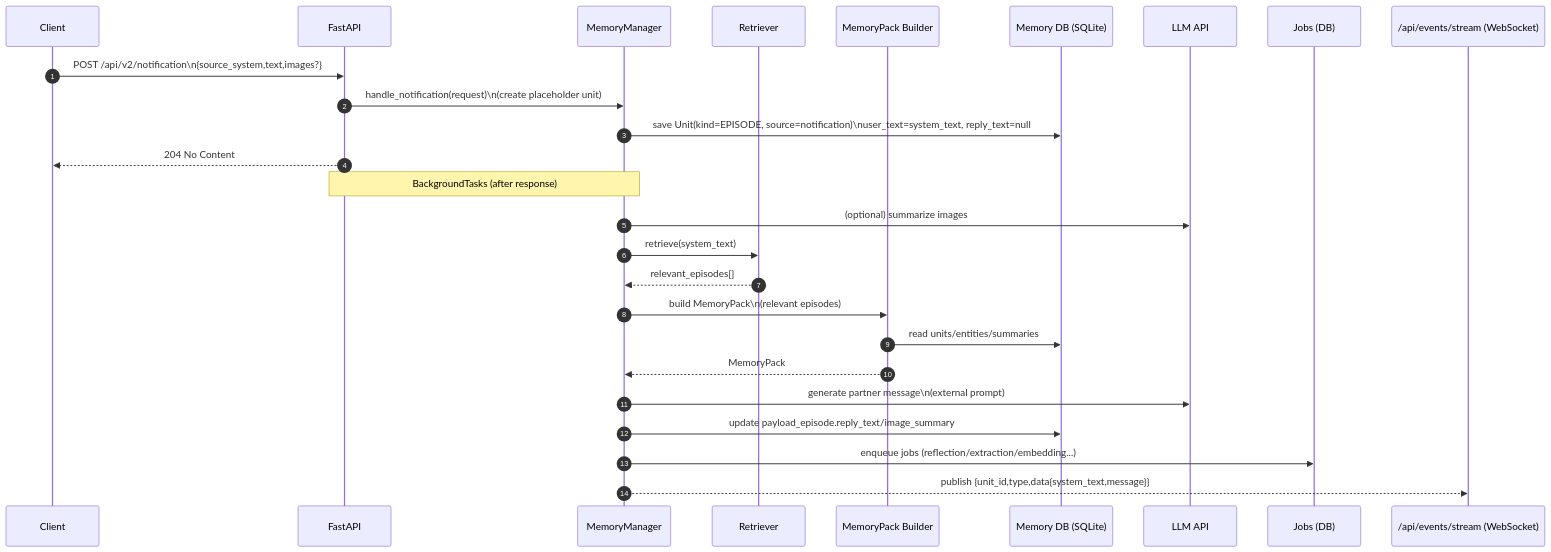
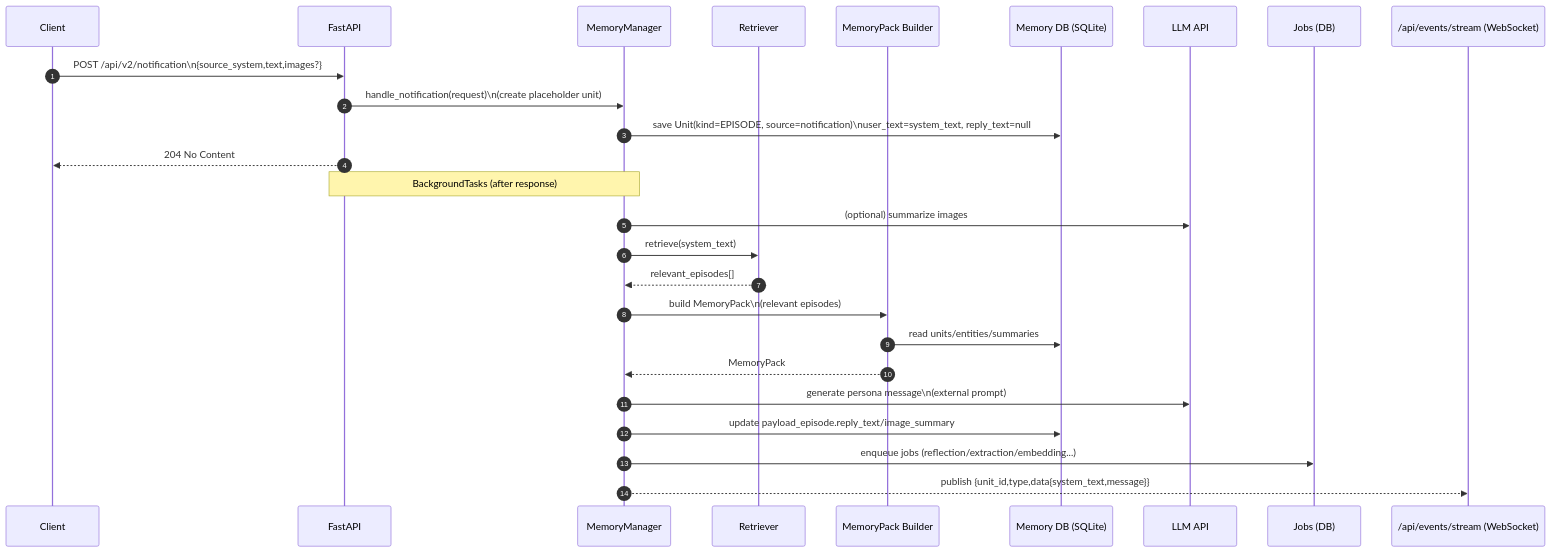
Before and after one commit to hirona98/cocoro_ghost: the fourth of 5 diagrams in docs/architecture.md, drawn with Mermaid. The commit also changed other lines of this file and 25 other files, not shown here.

````diff
--- a/docs/architecture.md
+++ b/docs/architecture.md
@@ -180,29 +180,29 @@
 ```mermaid
 sequenceDiagram
   autonumber
   participant UI as Client
   participant API as FastAPI
   participant MM as MemoryManager
   participant RET as Retriever
   participant SCH as MemoryPack Builder
   participant DB as Memory DB (SQLite)
   participant LLM as LLM API
   participant Q as Jobs (DB)
   participant WS as /api/events/stream (WebSocket)
 
   UI->>API: POST /api/v2/notification\n{source_system,text,images?}
   API->>MM: handle_notification(request)\n(create placeholder unit)
   MM->>DB: save Unit(kind=EPISODE, source=notification)\nuser_text=system_text, reply_text=null
   API-->>UI: 204 No Content
   Note over API,MM: BackgroundTasks (after response)
   MM->>LLM: (optional) summarize images
   MM->>RET: retrieve(system_text)
   RET-->>MM: relevant_episodes[]
   MM->>SCH: build MemoryPack\n(relevant episodes)
   SCH->>DB: read units/entities/summaries
   SCH-->>MM: MemoryPack
-  MM->>LLM: generate partner message\n(external prompt)
+  MM->>LLM: generate persona message\n(external prompt)
   MM->>DB: update payload_episode.reply_text/image_summary
   MM->>Q: enqueue jobs (reflection/extraction/embedding...)
   MM-->>WS: publish {unit_id,type,data{system_text,message}}
 ```
````
